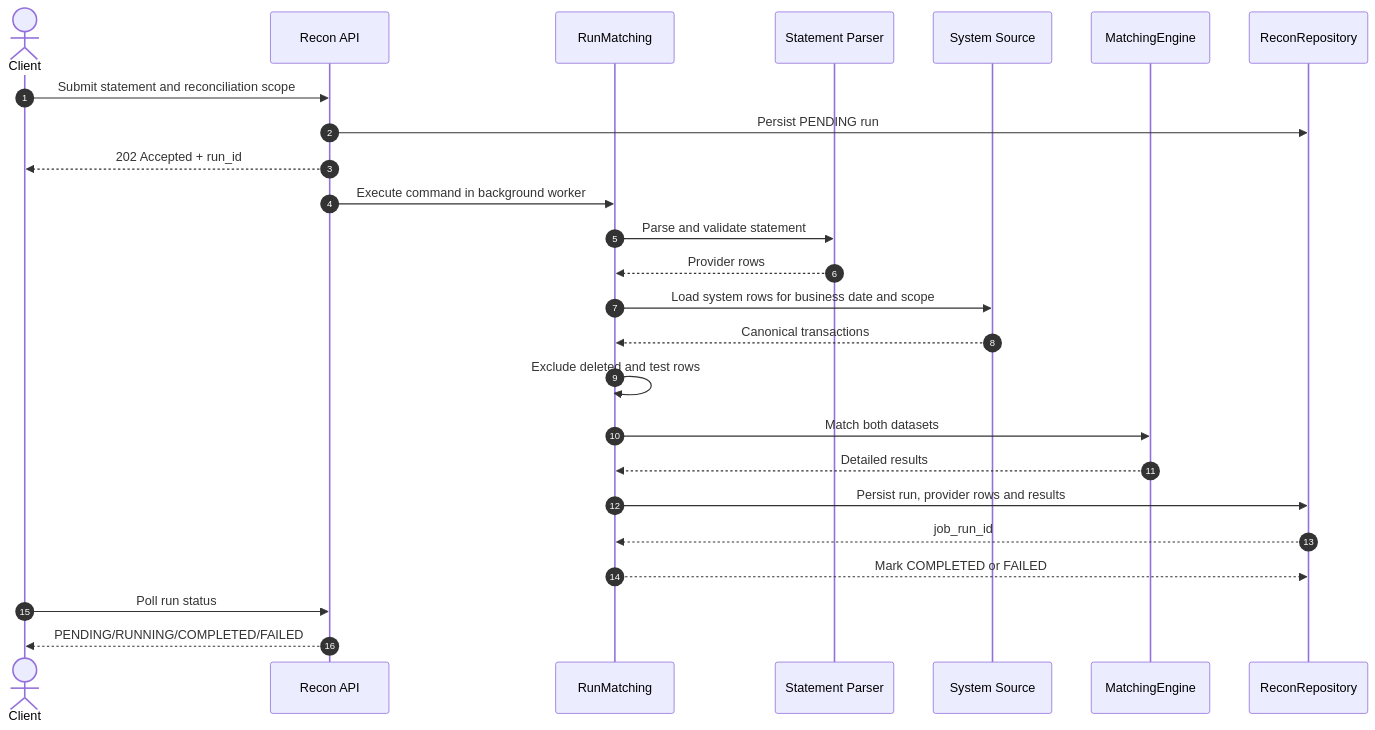
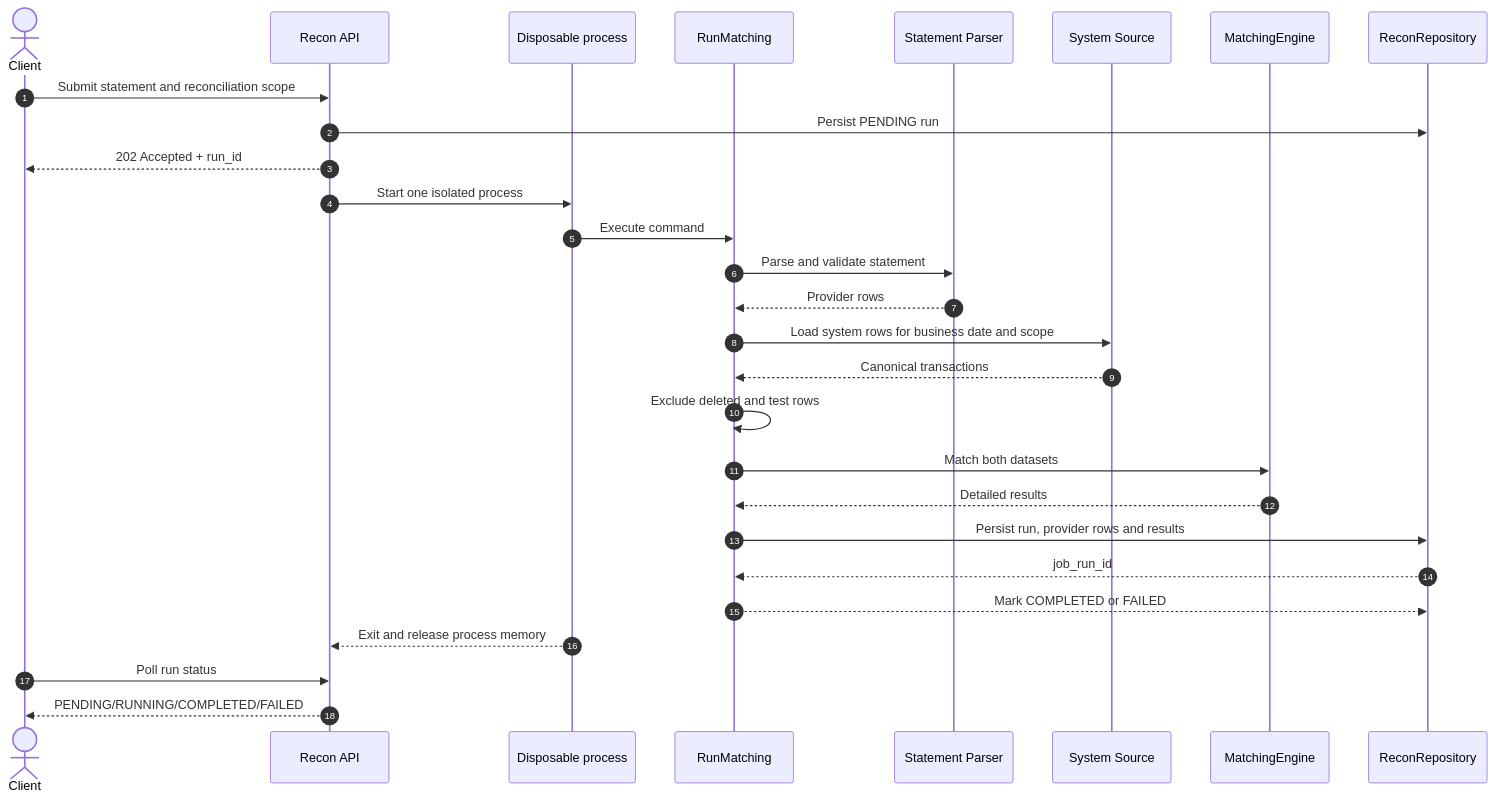
The diagram in docs/features/reconciliation/f03-reconciliation-application-pipeline.md (huuthang-0809/PaymentHub), drawn with Mermaid before and after one commit. The commit also changed other lines of this file and 10 other files, not shown here.

````diff
--- a/docs/features/reconciliation/f03-reconciliation-application-pipeline.md
+++ b/docs/features/reconciliation/f03-reconciliation-application-pipeline.md
@@ -37,28 +39,31 @@
 ```mermaid
 sequenceDiagram
     autonumber
     actor Client
     participant API as Recon API
+    participant Worker as Disposable process
     participant UseCase as RunMatching
     participant Parser as Statement Parser
     participant Source as System Source
     participant Engine as MatchingEngine
     participant Repo as ReconRepository
 
     Client->>API: Submit statement and reconciliation scope
     API->>Repo: Persist PENDING run
     API-->>Client: 202 Accepted + run_id
-    API->>UseCase: Execute command in background worker
+    API->>Worker: Start one isolated process
+    Worker->>UseCase: Execute command
     UseCase->>Parser: Parse and validate statement
     Parser-->>UseCase: Provider rows
     UseCase->>Source: Load system rows for business date and scope
     Source-->>UseCase: Canonical transactions
     UseCase->>UseCase: Exclude deleted and test rows
     UseCase->>Engine: Match both datasets
     Engine-->>UseCase: Detailed results
     UseCase->>Repo: Persist run, provider rows and results
     Repo-->>UseCase: job_run_id
     UseCase-->>Repo: Mark COMPLETED or FAILED
+    Worker-->>API: Exit and release process memory
     Client->>API: Poll run status
     API-->>Client: PENDING/RUNNING/COMPLETED/FAILED
 ```
````
